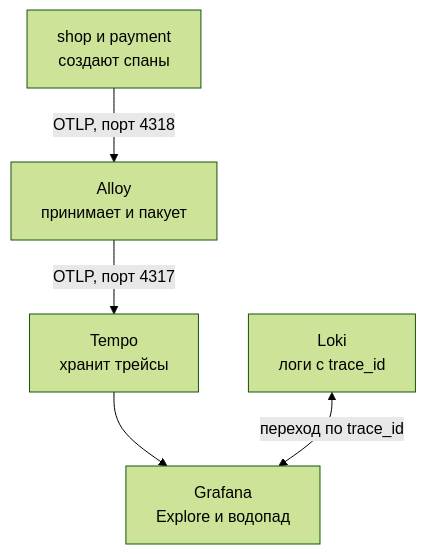
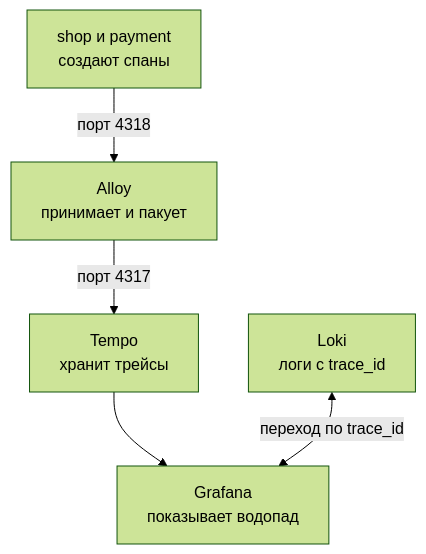
The first of 2 diagrams in 07-observability/07-traces.md (distinguished-sre/load-tester), drawn with Mermaid (forest theme) before and after one commit. The commit also changed other lines of this file and 6 other files, not shown here.

````diff
--- a/07-observability/07-traces.md
+++ b/07-observability/07-traces.md
@@ -32,7 +32,7 @@
 ```mermaid
 flowchart TD
-    A["shop и payment<br>создают спаны"] -->|"OTLP, порт 4318"| B["Alloy<br>принимает и пакует"]
-    B -->|"OTLP, порт 4317"| C["Tempo<br>хранит трейсы"]
-    C --> D["Grafana<br>Explore и водопад"]
+    A["shop и payment<br>создают спаны"] -->|"порт 4318"| B["Alloy<br>принимает и пакует"]
+    B -->|"порт 4317"| C["Tempo<br>хранит трейсы"]
+    C --> D["Grafana<br>показывает водопад"]
     E["Loki<br>логи с trace_id"] <-->|"переход по trace_id"| D
 ```
````
